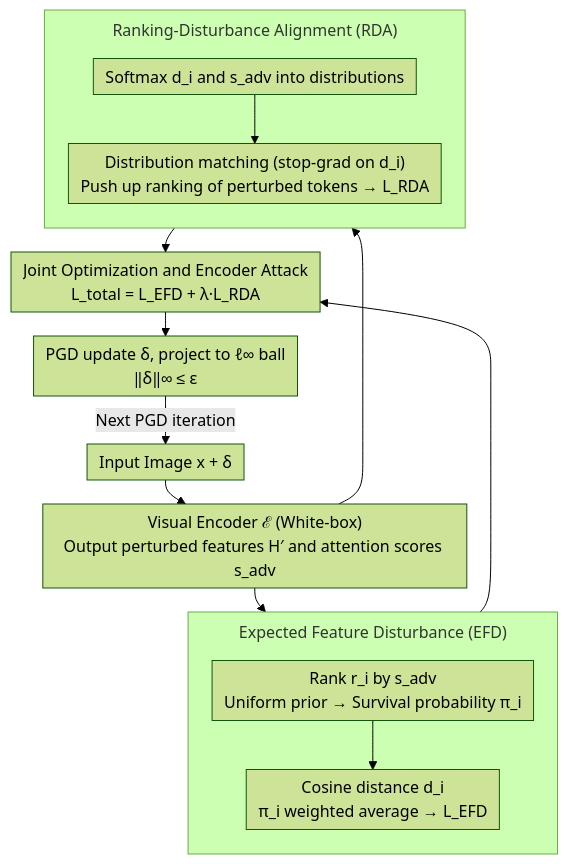
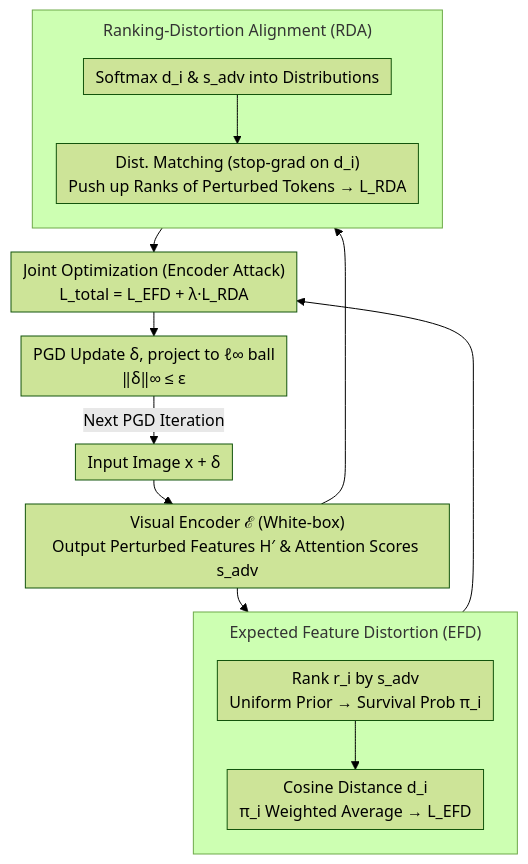
Before and after one commit to zhaoyang97/Paper-Notes-en: the diagram in docs/ICML2026/vlm_efficiency/on_the_adversarial_robustness_of_large_vision-language_models_under_visual_token.md, drawn with Mermaid (forest theme). The commit also changed other lines of this file and 5084 other files, not shown here.

````diff
--- a/docs/ICML2026/vlm_efficiency/on_the_adversarial_robustness_of_large_vision-language_models_under_visual_token.md
+++ b/docs/ICML2026/vlm_efficiency/on_the_adversarial_robustness_of_large_vision-language_models_under_visual_token.md
@@ -44,19 +44,19 @@
 ```mermaid
 %%{init: {'flowchart': {'rankSpacing': 24, 'nodeSpacing': 28, 'padding': 6, 'wrappingWidth': 400, 'subGraphTitleMargin': {'top': 8, 'bottom': 16}}}}%%
 flowchart TD
-    A["Input Image x + δ"] --> B["Visual Encoder ℰ (White-box)<br/>Output perturbed features H′ and attention scores s_adv"]
-    subgraph EFD["Expected Feature Disturbance (EFD)"]
+    A["Input Image x + δ"] --> B["Visual Encoder ℰ (White-box)<br/>Output Perturbed Features H′ & Attention Scores s_adv"]
+    subgraph EFD["Expected Feature Distortion (EFD)"]
         direction TB
-        C["Rank r_i by s_adv<br/>Uniform prior → Survival probability π_i"] --> D["Cosine distance d_i<br/>π_i weighted average → L_EFD"]
+        C["Rank r_i by s_adv<br/>Uniform Prior → Survival Prob π_i"] --> D["Cosine Distance d_i<br/>π_i Weighted Average → L_EFD"]
     end
-    subgraph RDA["Ranking-Disturbance Alignment (RDA)"]
+    subgraph RDA["Ranking-Distortion Alignment (RDA)"]
         direction TB
-        E2["Softmax d_i and s_adv into distributions"] --> F["Distribution matching (stop-grad on d_i)<br/>Push up ranking of perturbed tokens → L_RDA"]
+        E2["Softmax d_i & s_adv into Distributions"] --> F["Dist. Matching (stop-grad on d_i)<br/>Push up Ranks of Perturbed Tokens → L_RDA"]
     end
     B --> C
     B --> E2
-    D --> G["Joint Optimization and Encoder Attack<br/>L_total = L_EFD + λ·L_RDA"]
+    D --> G["Joint Optimization (Encoder Attack)<br/>L_total = L_EFD + λ·L_RDA"]
     F --> G
-    G --> H["PGD update δ, project to ℓ∞ ball<br/>‖δ‖∞ ≤ ε"]
-    H -->|Next PGD iteration| A
+    G --> H["PGD Update δ, project to ℓ∞ ball<br/>‖δ‖∞ ≤ ε"]
+    H -->|Next PGD Iteration| A
 ```
````
